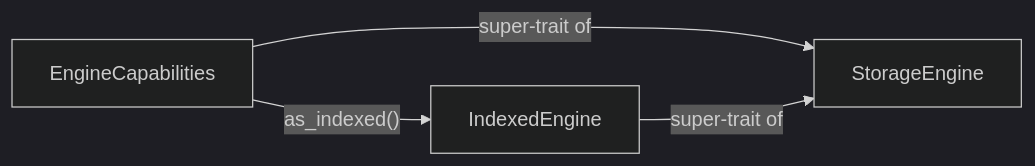
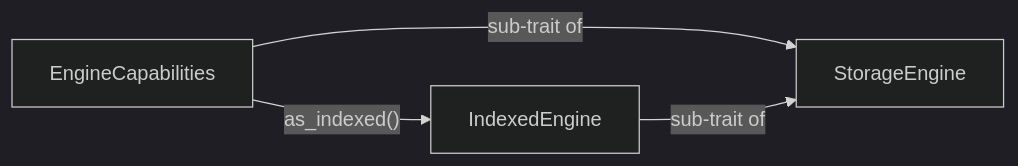
The second of 2 diagrams in docs/architecture.md (ren-yamanashi/rusty_mysql_handler), drawn with Mermaid (dark theme) before and after one commit.

Commit message:
fix: invert super-trait arrows in capability diagram

````diff
--- a/docs/architecture.md
+++ b/docs/architecture.md
@@ -31,9 +31,9 @@
 ```mermaid
 graph LR
   EC["EngineCapabilities"]
   SE["StorageEngine"]
   IE["IndexedEngine"]
-  EC -- "super-trait of" --> SE
-  IE -- "super-trait of" --> SE
+  EC -- "sub-trait of" --> SE
+  IE -- "sub-trait of" --> SE
   EC -- "as_indexed()" --> IE
 ```
````
